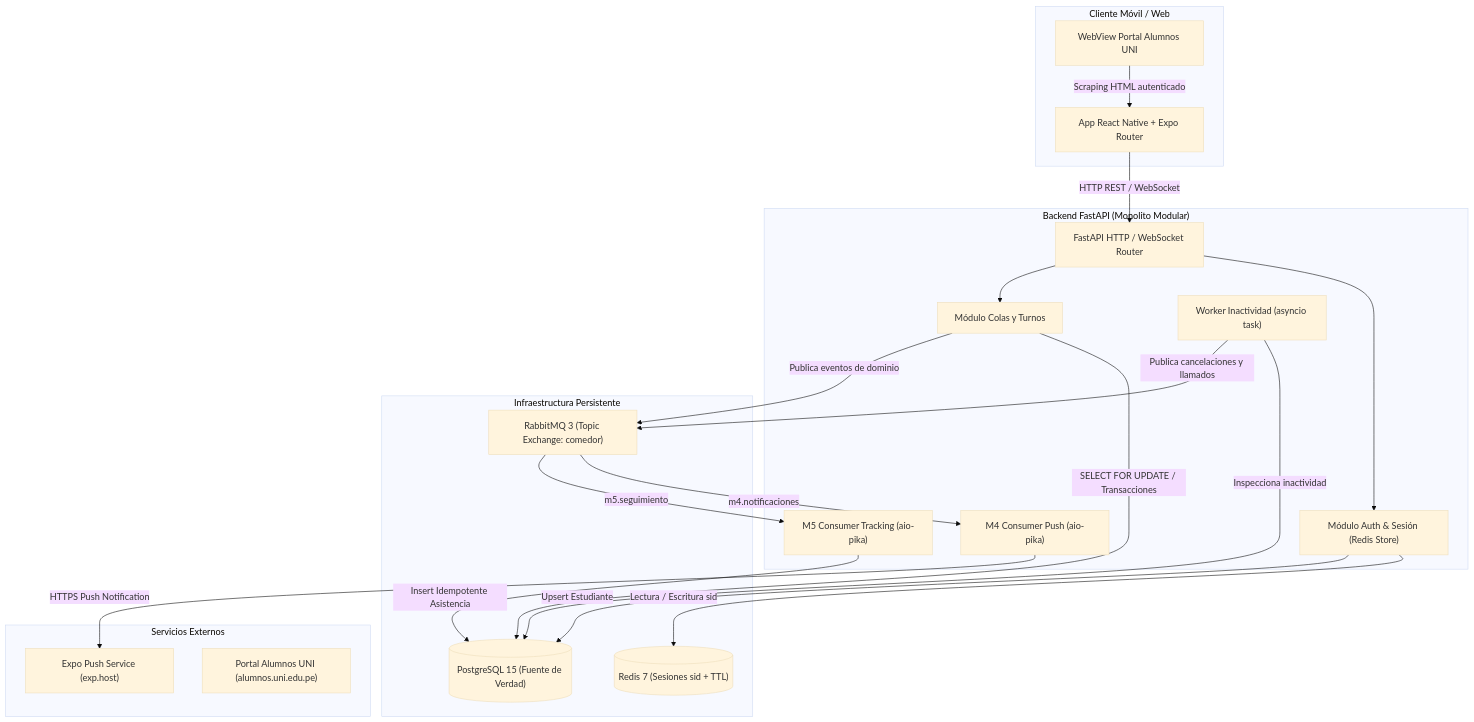
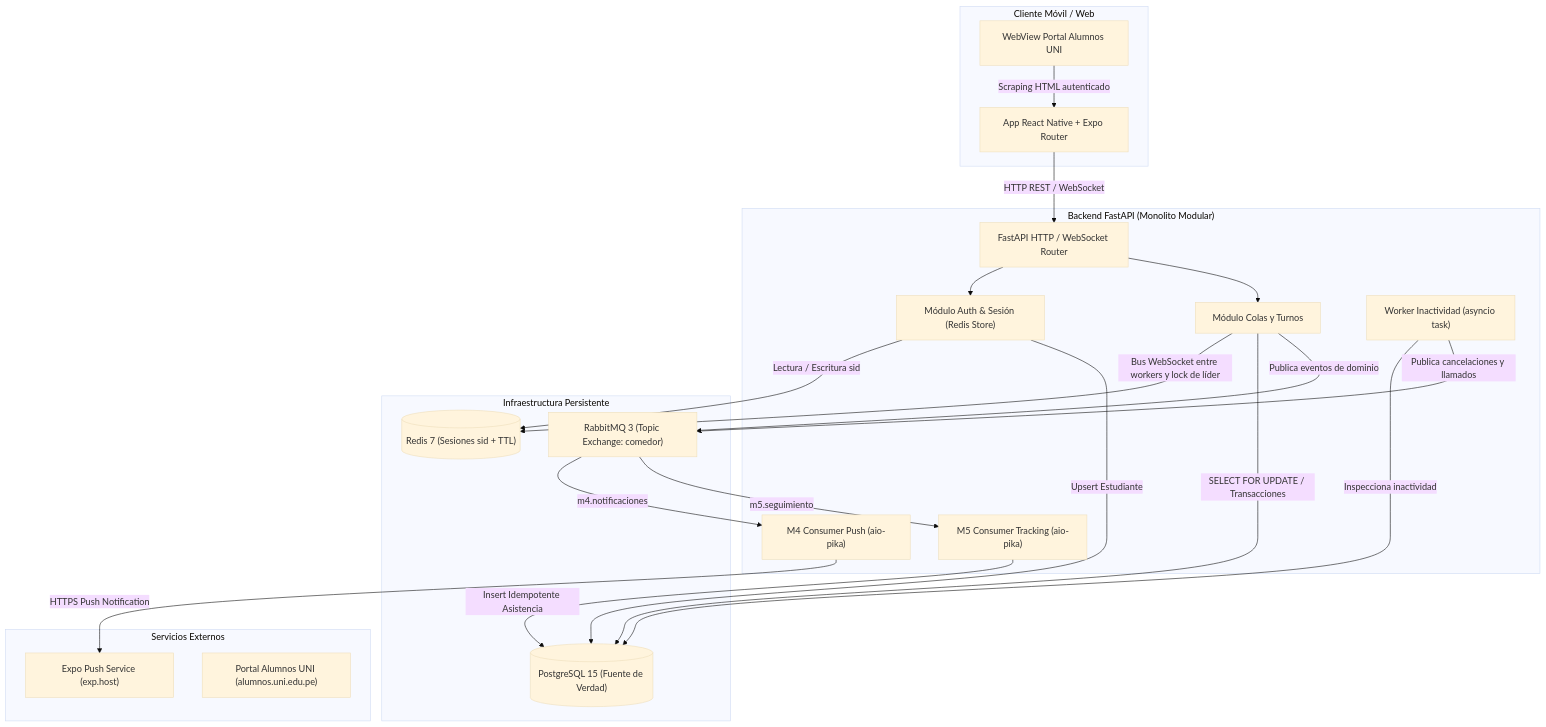
One commit to francito69/SW707U-CS2-ComedorUni changed the first of 2 diagrams in docs/DocumentoTecnicoParcial.md. Above: the diagram before and after it, drawn with Mermaid (base theme). The commit also changed other lines of this file and 37 other files, not shown here.

````diff
--- a/docs/DocumentoTecnicoParcial.md
+++ b/docs/DocumentoTecnicoParcial.md
@@ -84,42 +84,43 @@
 ```mermaid
 graph TD
     subgraph Cliente ["Cliente Móvil / Web"]
         App["App React Native + Expo Router"]
         WV["WebView Portal Alumnos UNI"]
     end
 
     subgraph Backend ["Backend FastAPI (Monolito Modular)"]
         API["FastAPI HTTP / WebSocket Router"]
         M1["Módulo Auth & Sesión (Redis Store)"]
         M2["Módulo Colas y Turnos"]
         Worker["Worker Inactividad (asyncio task)"]
         M4["M4 Consumer Push (aio-pika)"]
         M5["M5 Consumer Tracking (aio-pika)"]
     end
 
     subgraph Infraestructura ["Infraestructura Persistente"]
         PG[("PostgreSQL 15 (Fuente de Verdad)")]
         RD[("Redis 7 (Sesiones sid + TTL)")]
         RMQ["RabbitMQ 3 (Topic Exchange: comedor)"]
     end
 
     subgraph Externo ["Servicios Externos"]
         ExpoPush["Expo Push Service (exp.host)"]
         PortalUNI["Portal Alumnos UNI (alumnos.uni.edu.pe)"]
     end
 
     WV -->|Scraping HTML autenticado| App
     App -->|HTTP REST / WebSocket| API
     API --> M1
     API --> M2
     M1 -->|Lectura / Escritura sid| RD
+    M2 -->|Bus WebSocket entre workers y lock de líder| RD
     M1 -->|Upsert Estudiante| PG
     M2 -->|SELECT FOR UPDATE / Transacciones| PG
     M2 -->|Publica eventos de dominio| RMQ
     Worker -->|Inspecciona inactividad| PG
     Worker -->|Publica cancelaciones y llamados| RMQ
     RMQ -->|m4.notificaciones| M4
     RMQ -->|m5.seguimiento| M5
     M4 -->|HTTPS Push Notification| ExpoPush
     M5 -->|Insert Idempotente Asistencia| PG
 ```
````
